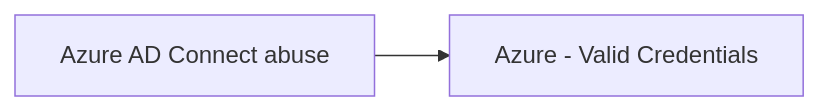
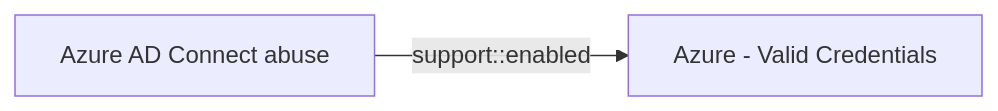
One commit to opentidehq/library changed the diagram in docs/threats/azure-ad-connect-abuse.md. Above: the diagram before and after it, drawn with Mermaid. The commit also changed other lines of this file and 277 other files, not shown here.

````diff
--- a/docs/threats/azure-ad-connect-abuse.md
+++ b/docs/threats/azure-ad-connect-abuse.md
@@ -58,6 +90,6 @@
 ```mermaid
 flowchart LR
 c698fc79_3ed6_44a7_a9d7_bc447600e4c3["Azure AD Connect abuse"]
 2743bf18_3b86_4721_bf3e_153dcda0b149["Azure - Valid Credentials"]
-c698fc79_3ed6_44a7_a9d7_bc447600e4c3 --> 2743bf18_3b86_4721_bf3e_153dcda0b149
+c698fc79_3ed6_44a7_a9d7_bc447600e4c3 -->|support::enabled| 2743bf18_3b86_4721_bf3e_153dcda0b149
 ```
````
